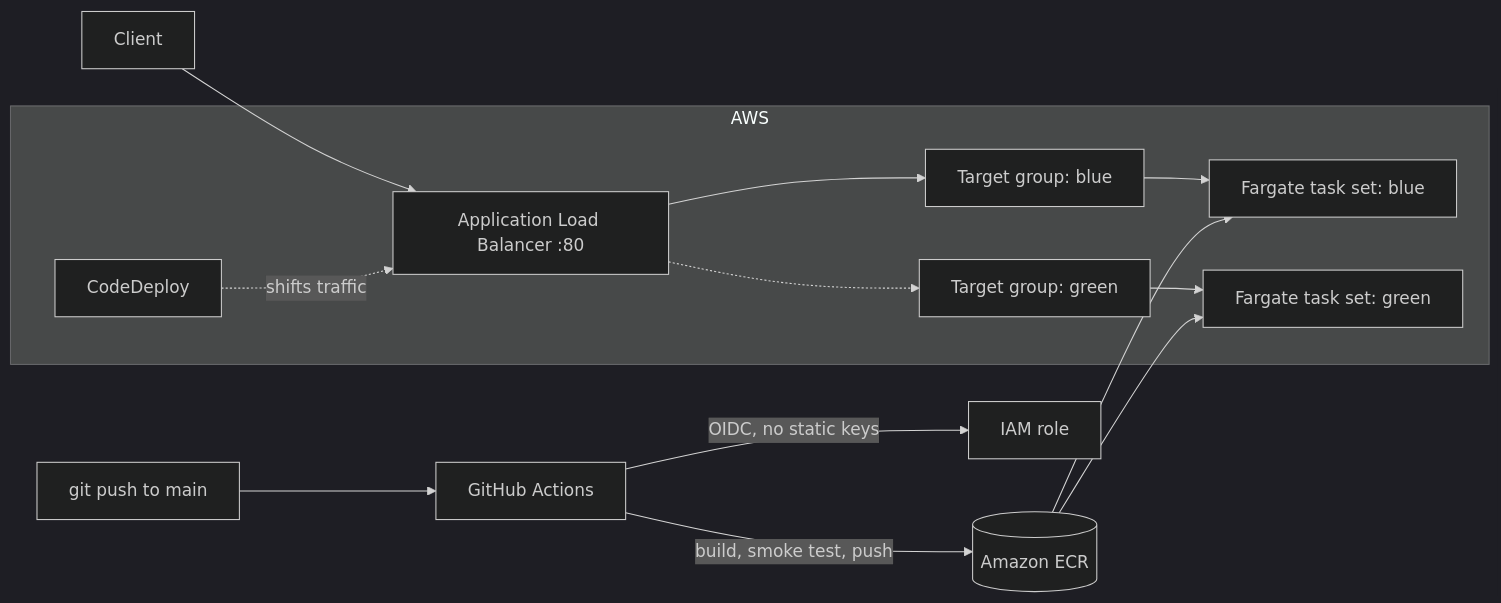
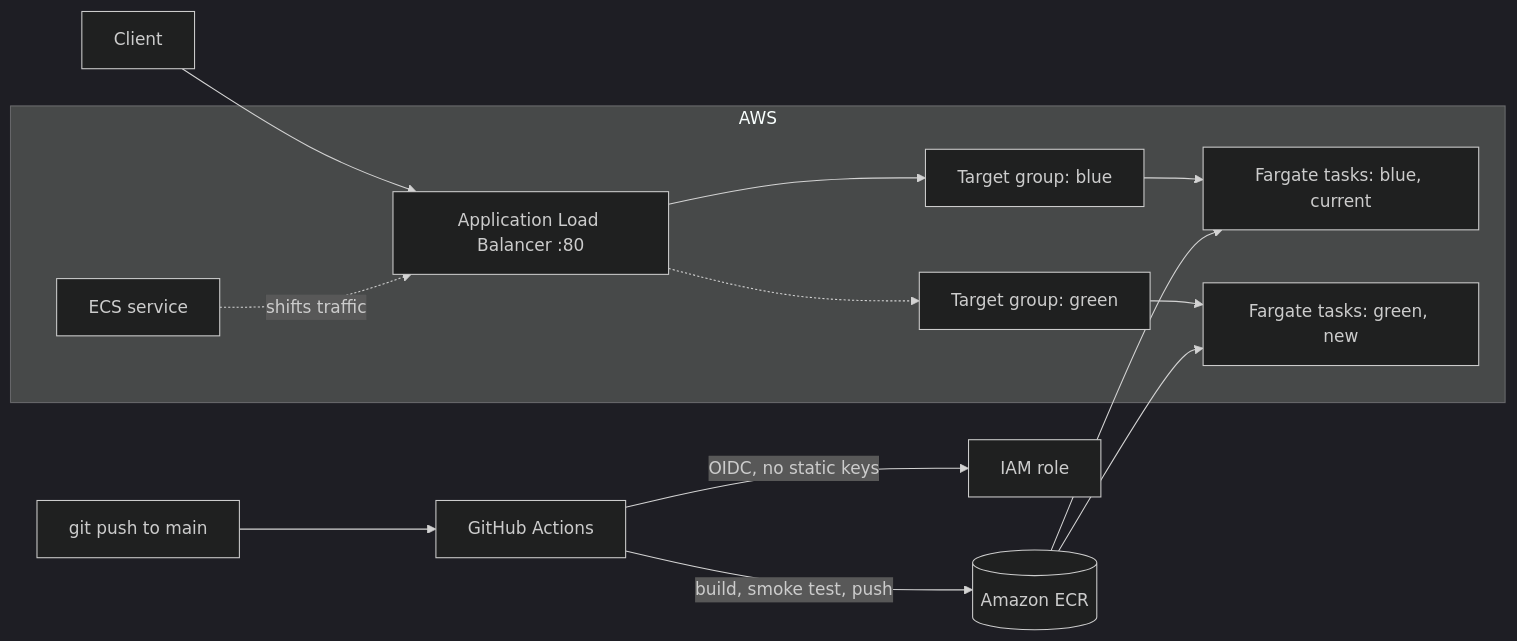
The diagram in README.md (PabsCueto/ecs-fargate-bluegreen), drawn with Mermaid (dark theme) before and after one commit. The commit also changed other lines of this file and 3 other files, not shown here.

Commit message:
Switch to ECS native blue/green (CodeDeploy unavailable on this account)

````diff
--- a/README.md
+++ b/README.md
@@ -9,17 +9,17 @@
 ```mermaid
 flowchart LR
   Dev[git push to main] --> GHA[GitHub Actions]
   GHA -- OIDC, no static keys --> Role[IAM role]
   GHA -- build, smoke test, push --> ECR[(Amazon ECR)]
 
   Client[Client] --> ALB[Application Load Balancer :80]
   subgraph AWS
     ALB --> TGB[Target group: blue]
     ALB -.-> TGG[Target group: green]
-    TGB --> Blue[Fargate task set: blue]
-    TGG --> Green[Fargate task set: green]
-    CD[CodeDeploy] -. shifts traffic .-> ALB
+    TGB --> Blue[Fargate tasks: blue, current]
+    TGG --> Green[Fargate tasks: green, new]
+    ECS[ECS service] -. shifts traffic .-> ALB
   end
   ECR --> Blue
   ECR --> Green
 ```
````
